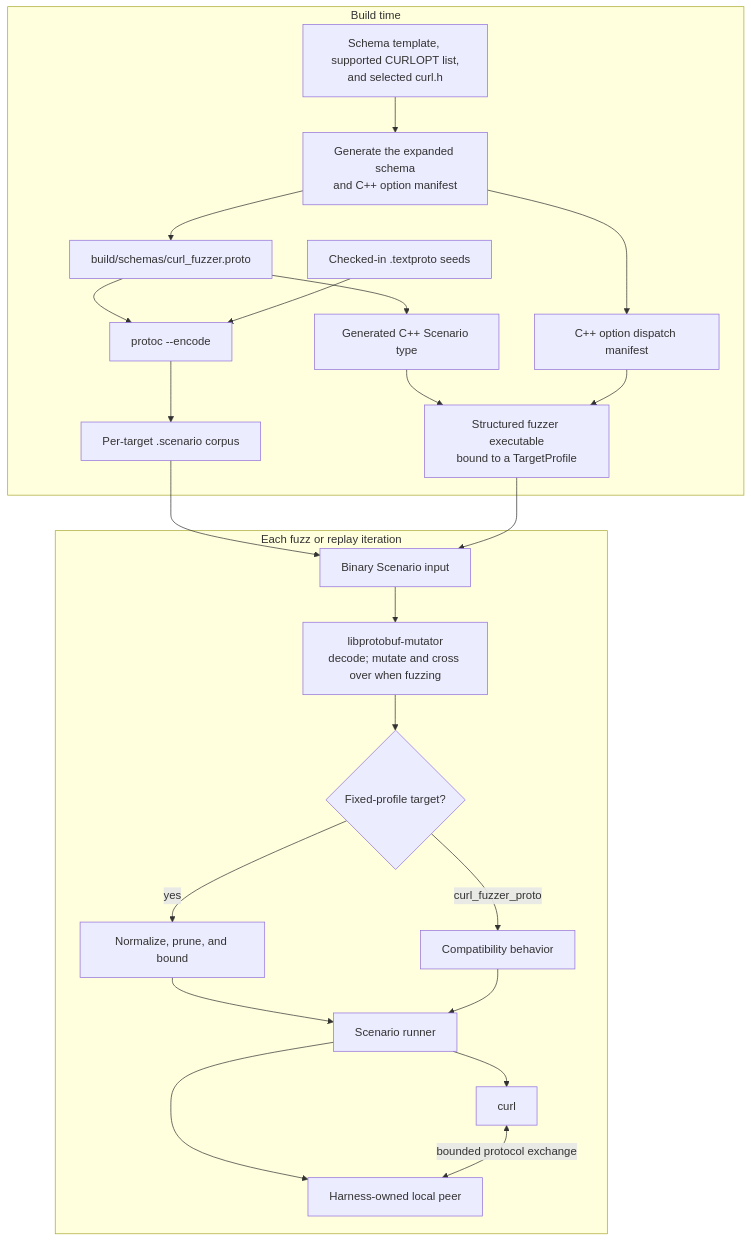
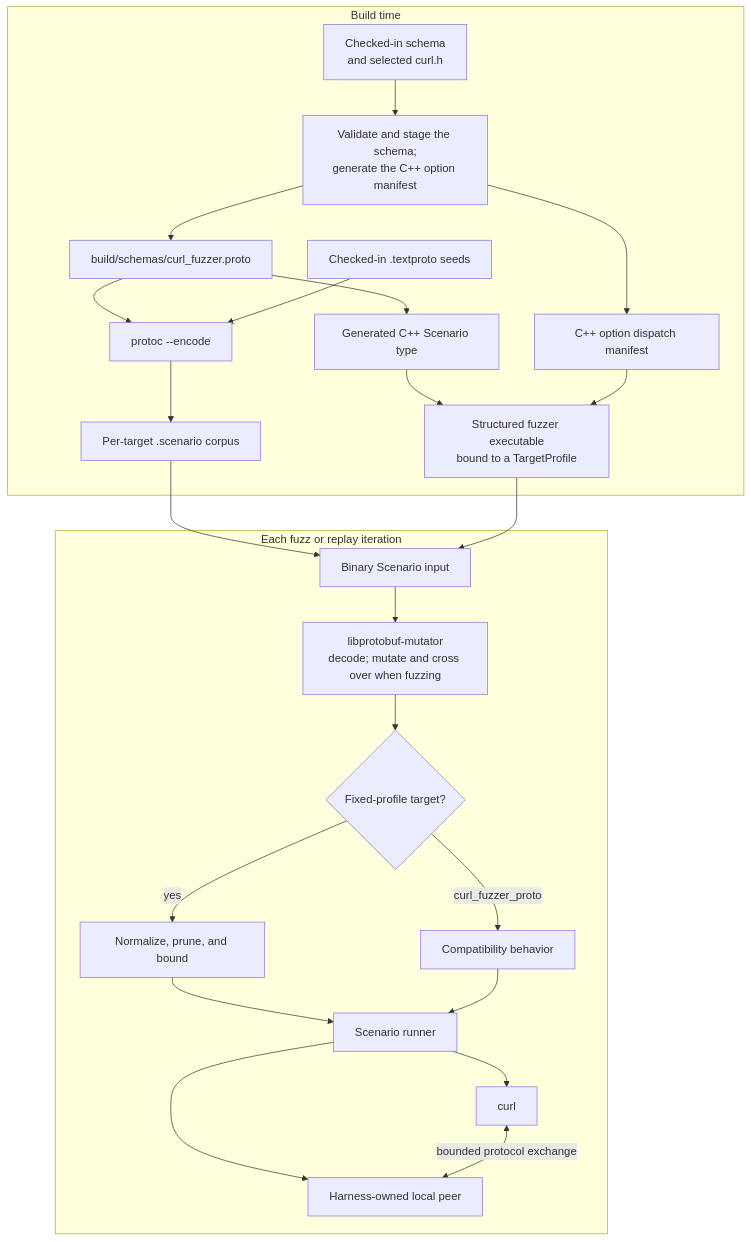
One commit to curl/curl-fuzzer changed the diagram in docs/proto/overview.md. Above: the diagram before and after it, drawn with Mermaid. The commit also changed other lines of this file and 22 other files, not shown here.

Commit message:
ci: hard-code curlopts in the proto schema.

````diff
--- a/docs/proto/overview.md
+++ b/docs/proto/overview.md
@@ -14,44 +14,44 @@
 ```mermaid
 flowchart TD
     subgraph build["Build time"]
-        sources["Schema template, supported CURLOPT list,<br/>and selected curl.h"]
-        generator["Generate the expanded schema<br/>and C++ option manifest"]
+        sources["Checked-in schema<br/>and selected curl.h"]
+        generator["Validate and stage the schema;<br/>generate the C++ option manifest"]
         schema["build/schemas/curl_fuzzer.proto"]
         messages["Generated C++ Scenario type"]
         manifest["C++ option dispatch manifest"]
         seeds["Checked-in .textproto seeds"]
         encoder["protoc --encode"]
         corpus["Per-target .scenario corpus"]
         target["Structured fuzzer executable<br/>bound to a TargetProfile"]
 
         sources --> generator
         generator --> schema
         generator --> manifest
         schema --> messages
         schema --> encoder
         seeds --> encoder --> corpus
         messages --> target
         manifest --> target
     end
 
     subgraph runtime["Each fuzz or replay iteration"]
         input["Binary Scenario input"]
         lpm["libprotobuf-mutator<br/>decode; mutate and cross over when fuzzing"]
         profile{"Fixed-profile target?"}
         normalize["Normalize, prune, and bound"]
         compatibility["Compatibility behavior"]
         runner["Scenario runner"]
         curl["curl"]
         peer["Harness-owned local peer"]
 
         input --> lpm --> profile
         profile -->|yes| normalize --> runner
         profile -->|curl_fuzzer_proto| compatibility --> runner
         runner --> curl
         runner --> peer
         curl <-->|bounded protocol exchange| peer
     end
 
     corpus --> input
     target --> input
 ```
````
